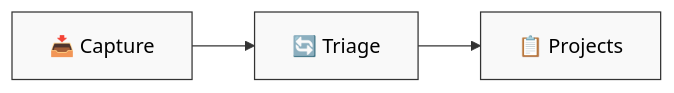
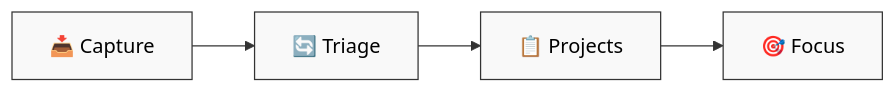
The diagram in gtd/README.md (digital-stoic-org/agent-skills), drawn with Mermaid before and after one commit. The commit also changed other lines of this file and 12 other files, not shown here.

````diff
--- a/gtd/README.md
+++ b/gtd/README.md
@@ -7,7 +7,8 @@
 ```mermaid
 flowchart LR
     A["📥 Capture"] --> B["🔄 Triage"]
     B --> C["📋 Projects"]
+    C --> D["🎯 Focus"]
 
     classDef default fill:#f9f9f9,stroke:#333,color:#000
 ```
````
